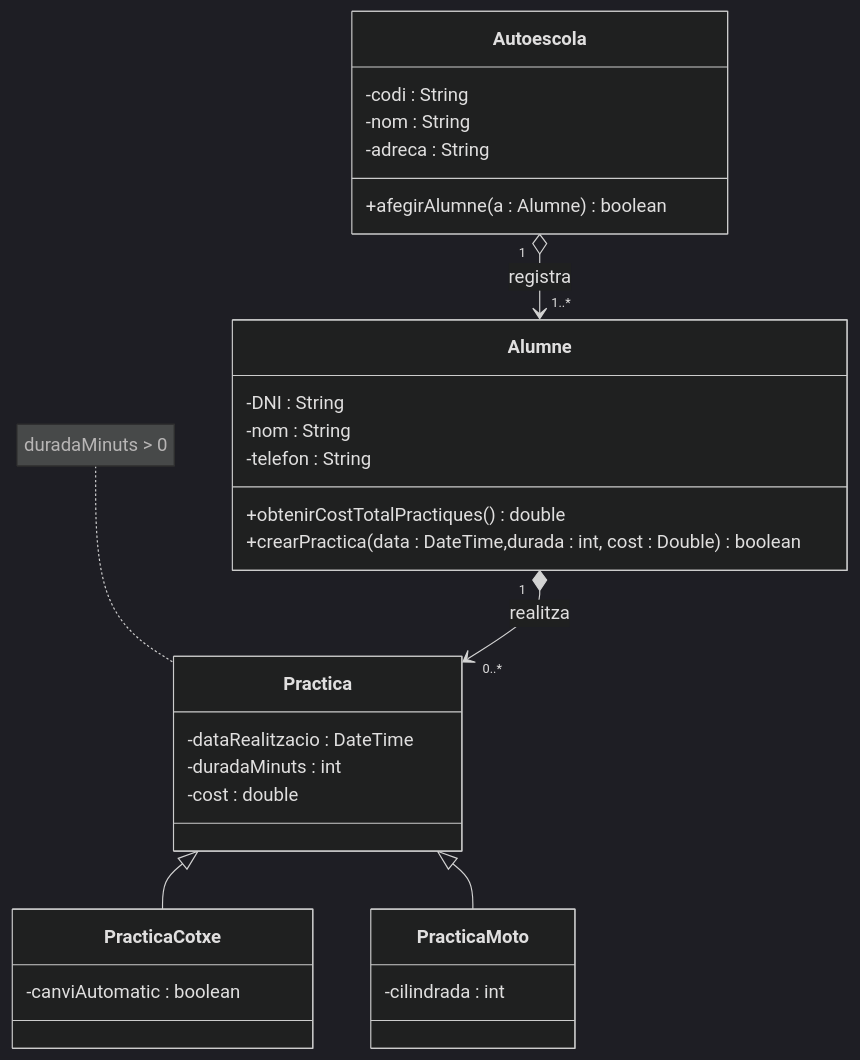
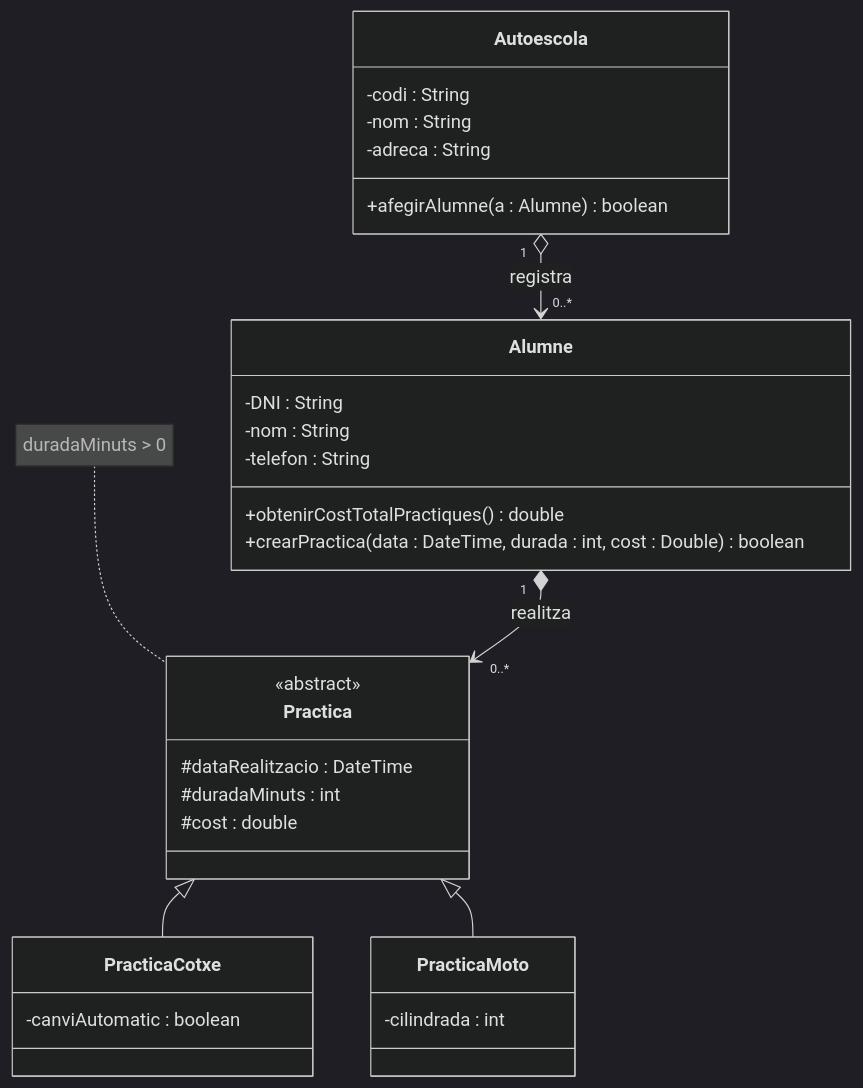
Before and after one commit to alexddios/DAM-Primer-Curso: the diagram in _Obs-DAM/DAM-1/Programación/Ejercicios/Exercicis repàs examen final/UML 3.md, drawn with Mermaid (dark theme). The commit also changed 5 other files, not shown here.

````diff
--- a/_Obs-DAM/DAM-1/Programación/Ejercicios/Exercicis repàs examen final/UML 3.md
+++ b/_Obs-DAM/DAM-1/Programación/Ejercicios/Exercicis repàs examen final/UML 3.md
@@ -1,40 +1,42 @@
 ```mermaid
 classDiagram
 
     class Autoescola {
         -codi : String
         -nom : String
         -adreca : String
         +afegirAlumne(a : Alumne) boolean
     }
 
     class Alumne {
         -DNI : String
         -nom : String
         -telefon : String
         +obtenirCostTotalPractiques() double
-        +crearPractica(data : DateTime,durada : int, cost : Double ) boolean
+        +crearPractica(data : DateTime, durada : int, cost : Double ) boolean
     }
 
     class Practica {
-        -dataRealitzacio : DateTime
-        -duradaMinuts : int
-        -cost : double
+    <<abstract>>
+        #dataRealitzacio : DateTime
+        #duradaMinuts : int
+        #cost : double
     }
 
     class PracticaCotxe {
         -canviAutomatic : boolean
     }
 
     class PracticaMoto {
         -cilindrada : int
     }
 
     Practica <|-- PracticaCotxe
     Practica <|-- PracticaMoto
 
-    Autoescola "1" o--> "1..*" Alumne : registra
+    %% Se ajusta 1..* a 0..* para permitir autoescuelas recién creadas sin alumnos
+    Autoescola "1" o--> "0..*" Alumne : registra
     Alumne "1" *--> "0..*" Practica : realitza
 
     note for Practica "duradaMinuts > 0"
 ```
````
